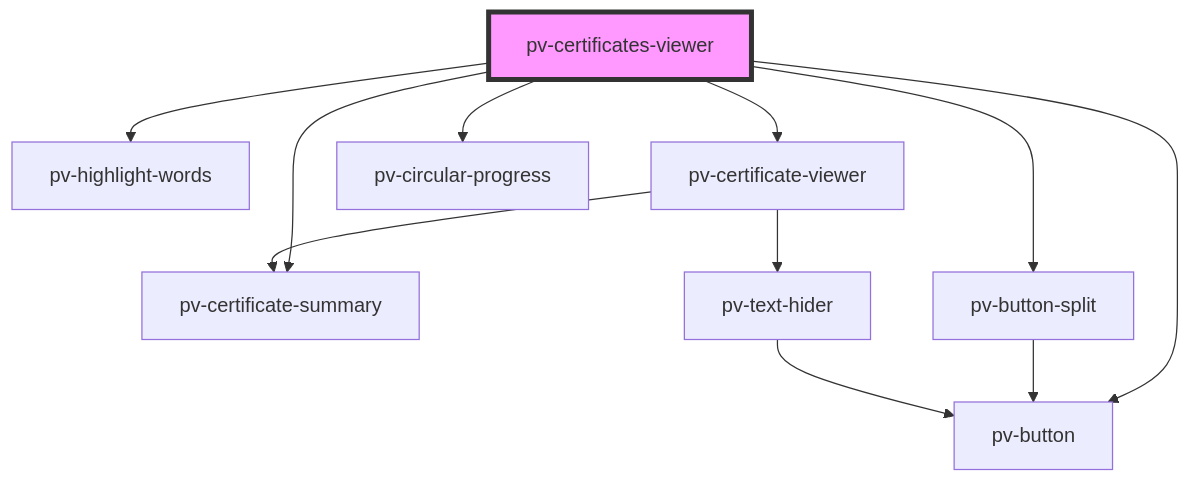
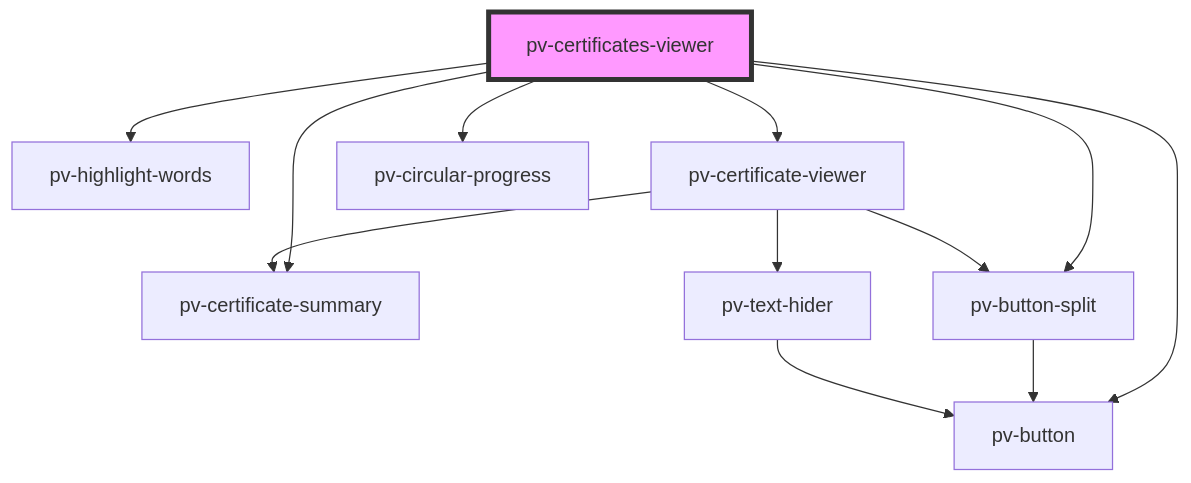
Before and after one commit to PeculiarVentures/pv-certificates-viewer: the diagram in src/components/certificates-viewer/readme.md, drawn with Mermaid. The commit also changed 9 other files, not shown here.

````diff
--- a/src/components/certificates-viewer/readme.md
+++ b/src/components/certificates-viewer/readme.md
@@ -29,14 +29,15 @@
 ```mermaid
 graph TD;
   pv-certificates-viewer --> pv-certificate-summary
   pv-certificates-viewer --> pv-button
   pv-certificates-viewer --> pv-highlight-words
   pv-certificates-viewer --> pv-button-split
   pv-certificates-viewer --> pv-certificate-viewer
   pv-certificates-viewer --> pv-circular-progress
   pv-button-split --> pv-button
   pv-certificate-viewer --> pv-text-hider
+  pv-certificate-viewer --> pv-button-split
   pv-certificate-viewer --> pv-certificate-summary
   pv-text-hider --> pv-button
   style pv-certificates-viewer fill:#f9f,stroke:#333,stroke-width:4px
 ```
````
